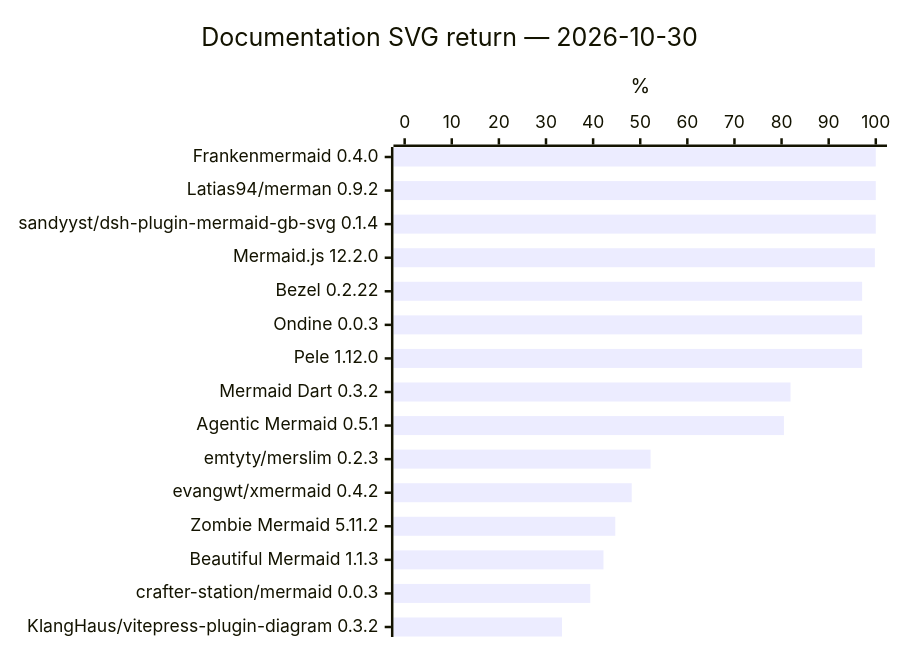
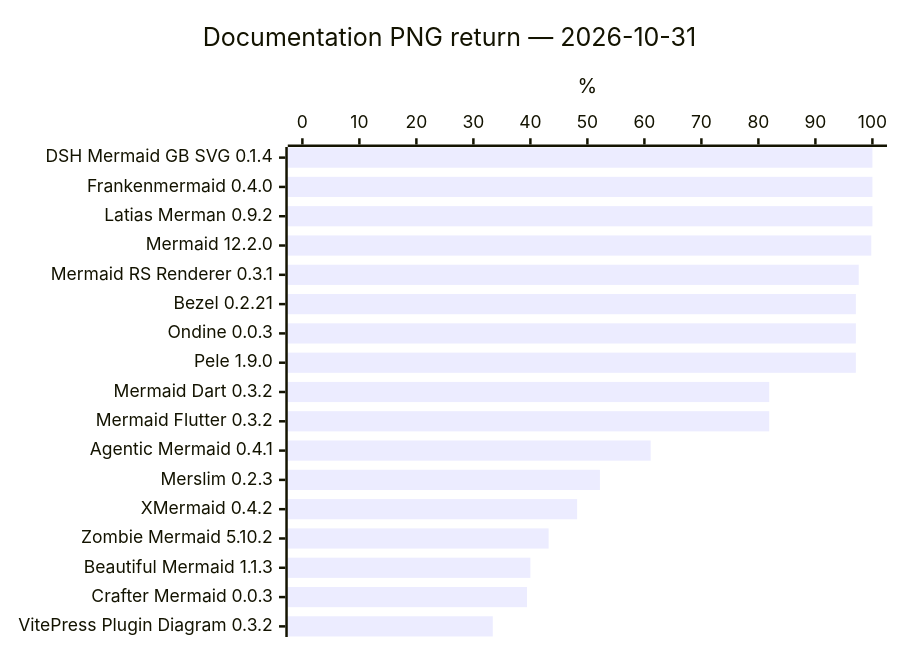
One commit to adewale/trident changed the second of 2 diagrams in results/tables/docs-1.md. Above: the diagram before and after it, drawn with Mermaid. The commit also changed other lines of this file and 36 other files, not shown here.

Commit message:
Publish ranked current ecosystem results and explicit Mermaid comparisons

````diff
--- a/results/tables/docs-1.md
+++ b/results/tables/docs-1.md
@@ -231,7 +130,7 @@
 ```mermaid
 xychart-beta horizontal
-    title "Documentation SVG return — 2026-10-30"
-    x-axis ["Frankenmermaid 0.4.0", "Latias94/merman 0.9.2", "sandyyst/dsh-plugin-mermaid-gb-svg 0.1.4", "Mermaid.js 12.2.0", "Bezel 0.2.22", "Ondine 0.0.3", "Pele 1.12.0", "Mermaid Dart 0.3.2", "Agentic Mermaid 0.5.1", "emtyty/merslim 0.2.3", "evangwt/xmermaid 0.4.2", "Zombie Mermaid 5.11.2", "Beautiful Mermaid 1.1.3", "crafter-station/mermaid 0.0.3", "KlangHaus/vitepress-plugin-diagram 0.3.2"]
+    title "Documentation PNG return — 2026-10-31"
+    x-axis ["DSH Mermaid GB SVG 0.1.4", "Frankenmermaid 0.4.0", "Latias Merman 0.9.2", "Mermaid 12.2.0", "Mermaid RS Renderer 0.3.1", "Bezel 0.2.21", "Ondine 0.0.3", "Pele 1.9.0", "Mermaid Dart 0.3.2", "Mermaid Flutter 0.3.2", "Agentic Mermaid 0.4.1", "Merslim 0.2.3", "XMermaid 0.4.2", "Zombie Mermaid 5.10.2", "Beautiful Mermaid 1.1.3", "Crafter Mermaid 0.0.3", "VitePress Plugin Diagram 0.3.2"]
     y-axis "%" 0 --> 100
-    bar [100, 100, 100, 99.8, 97.1, 97.1, 97.1, 81.9, 80.5, 52.2, 48.2, 44.7, 42.2, 39.4, 33.4]
+    bar [100, 100, 100, 99.8, 97.6, 97.1, 97.1, 97.1, 81.9, 81.9, 61.1, 52.2, 48.2, 43.2, 40, 39.4, 33.4]
 ```
````
